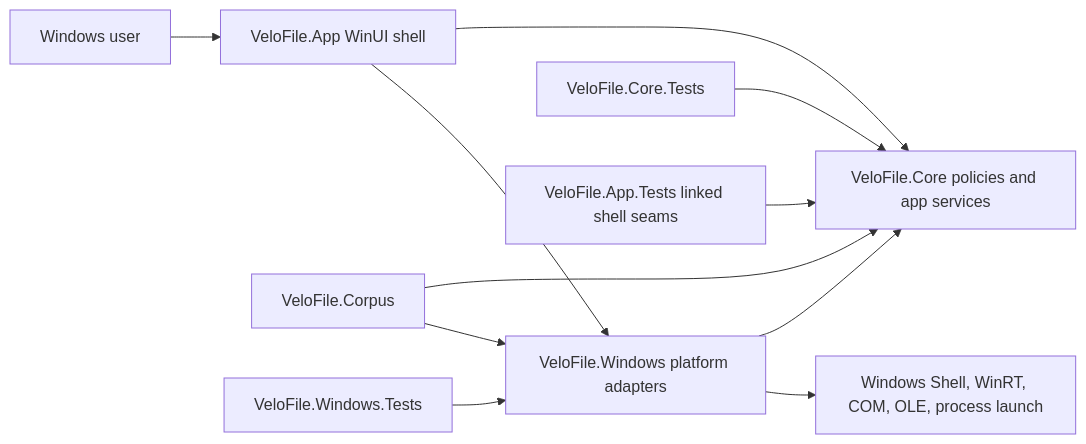
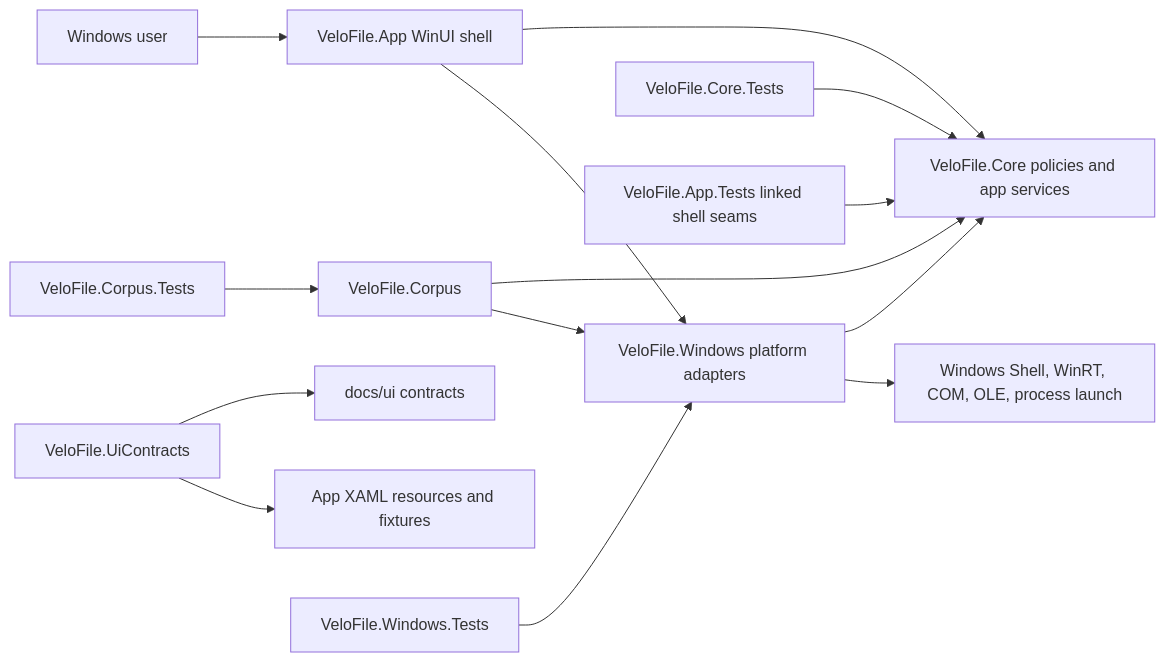
Before and after one commit to xiongxianfei/velofile: the diagram in docs/project-map.md, drawn with Mermaid. The commit also changed other lines of this file and 23 other files, not shown here.

````diff
--- a/docs/project-map.md
+++ b/docs/project-map.md
@@ -24,13 +25,16 @@
 ```mermaid
 flowchart LR
     User[Windows user] --> App[VeloFile.App WinUI shell]
     App --> Core[VeloFile.Core policies and app services]
     App --> Windows[VeloFile.Windows platform adapters]
     Windows --> Core
     Windows --> Platform[Windows Shell, WinRT, COM, OLE, process launch]
     Tools[VeloFile.Corpus] --> Core
     Tools --> Windows
+    UiContracts[VeloFile.UiContracts] --> UiDocs[docs/ui contracts]
+    UiContracts --> AppResources[App XAML resources and fixtures]
     CoreTests[VeloFile.Core.Tests] --> Core
     WindowsTests[VeloFile.Windows.Tests] --> Windows
     AppTests[VeloFile.App.Tests linked shell seams] --> Core
+    CorpusTests[VeloFile.Corpus.Tests] --> Tools
 ```
````
